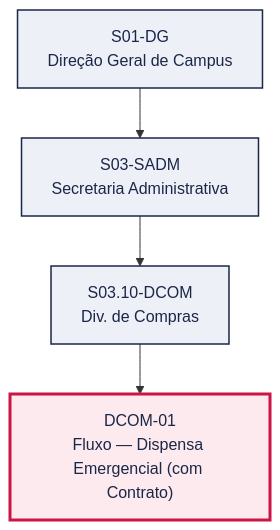
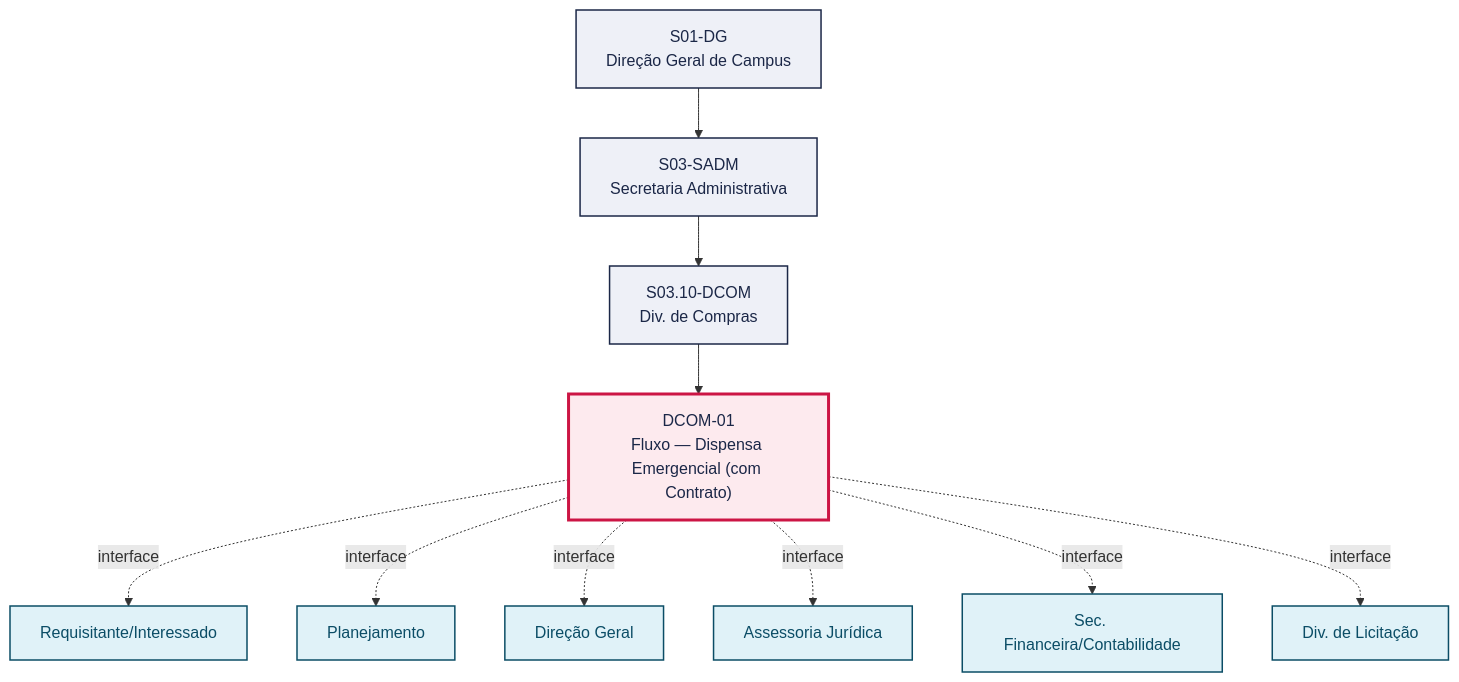
One commit to jessefers/canvas-vivo-atdg changed the first of 2 diagrams in pops/DCOM/DCOM-01.md. Above: the diagram before and after it, drawn with Mermaid. The commit also changed other lines of this file and 3 other files, not shown here.

````diff
--- a/pops/DCOM/DCOM-01.md
+++ b/pops/DCOM/DCOM-01.md
@@ -49,15 +56,28 @@
 ```mermaid
 graph TD
   S01_DG["S01-DG<br/>Direção Geral de Campus"]
   S03_SADM["S03-SADM<br/>Secretaria Administrativa"]
   S01_DG --> S03_SADM
   S03_10_DCOM["S03.10-DCOM<br/>Div. de Compras"]
   S03_SADM --> S03_10_DCOM
   P["DCOM-01<br/>Fluxo — Dispensa Emergencial (com Contrato)"]
   S03_10_DCOM --> P
+  V1["Requisitante/Interessado"]
+  P -. interface .-> V1
+  V2["Planejamento"]
+  P -. interface .-> V2
+  V3["Direção Geral"]
+  P -. interface .-> V3
+  V4["Assessoria Jurídica"]
+  P -. interface .-> V4
+  V5["Sec. Financeira/Contabilidade"]
+  P -. interface .-> V5
+  V6["Div. de Licitação"]
+  P -. interface .-> V6
   classDef setor fill:#EEF0F7,stroke:#1B2747,stroke-width:1.5px,color:#1B2747
   classDef destaque fill:#FDEAEE,stroke:#CC1544,stroke-width:3px,color:#1B2747
   classDef vizinho fill:#E0F2F8,stroke:#0B4D66,stroke-width:1.5px,color:#0B4D66
   class S01_DG,S03_SADM,S03_10_DCOM setor
   class P destaque
+  class V1,V2,V3,V4,V5,V6 vizinho
 ```
````
